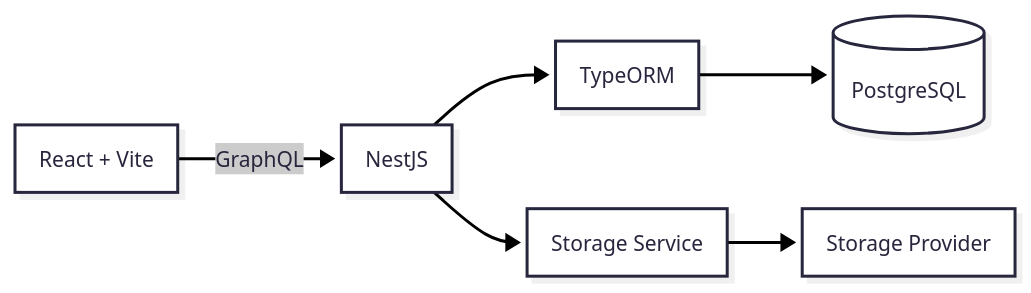
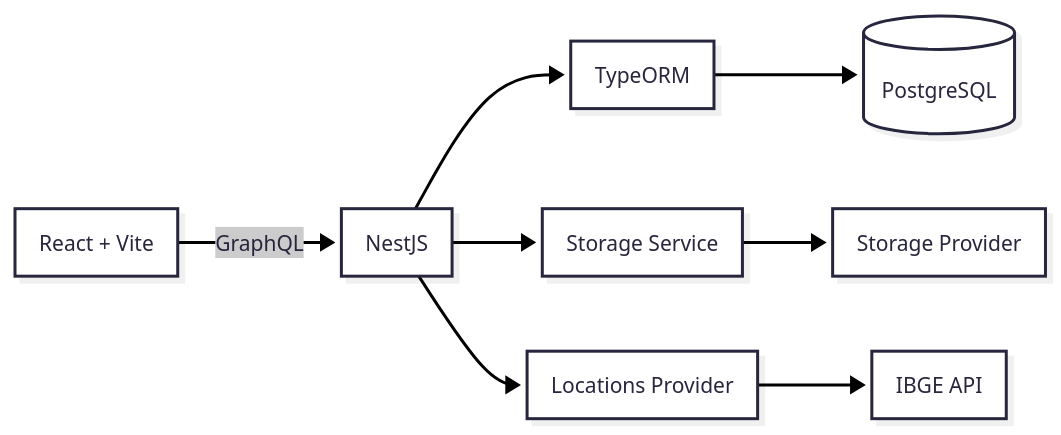
The diagram in docs/diagrams/architecture.mmd (NicolasCasser/novolar), drawn with Mermaid before and after one commit. The commit also changed 5 other files, not shown here.

```diff
--- a/docs/diagrams/architecture.mmd
+++ b/docs/diagrams/architecture.mmd
@@ -1,17 +1,18 @@
 ---
 config:
   look: neo
   theme: redux
   layout: dagre
 ---
 flowchart LR
 
 A[React + Vite] -->|GraphQL| B[NestJS]
 
 B --> C[TypeORM]
-
 C --> D[(PostgreSQL)]
 
 B --> E[Storage Service]
+E --> F[Storage Provider]
 
-E --> F[Storage Provider]
+B --> G[Locations Provider]
+G --> H[IBGE API]
```
